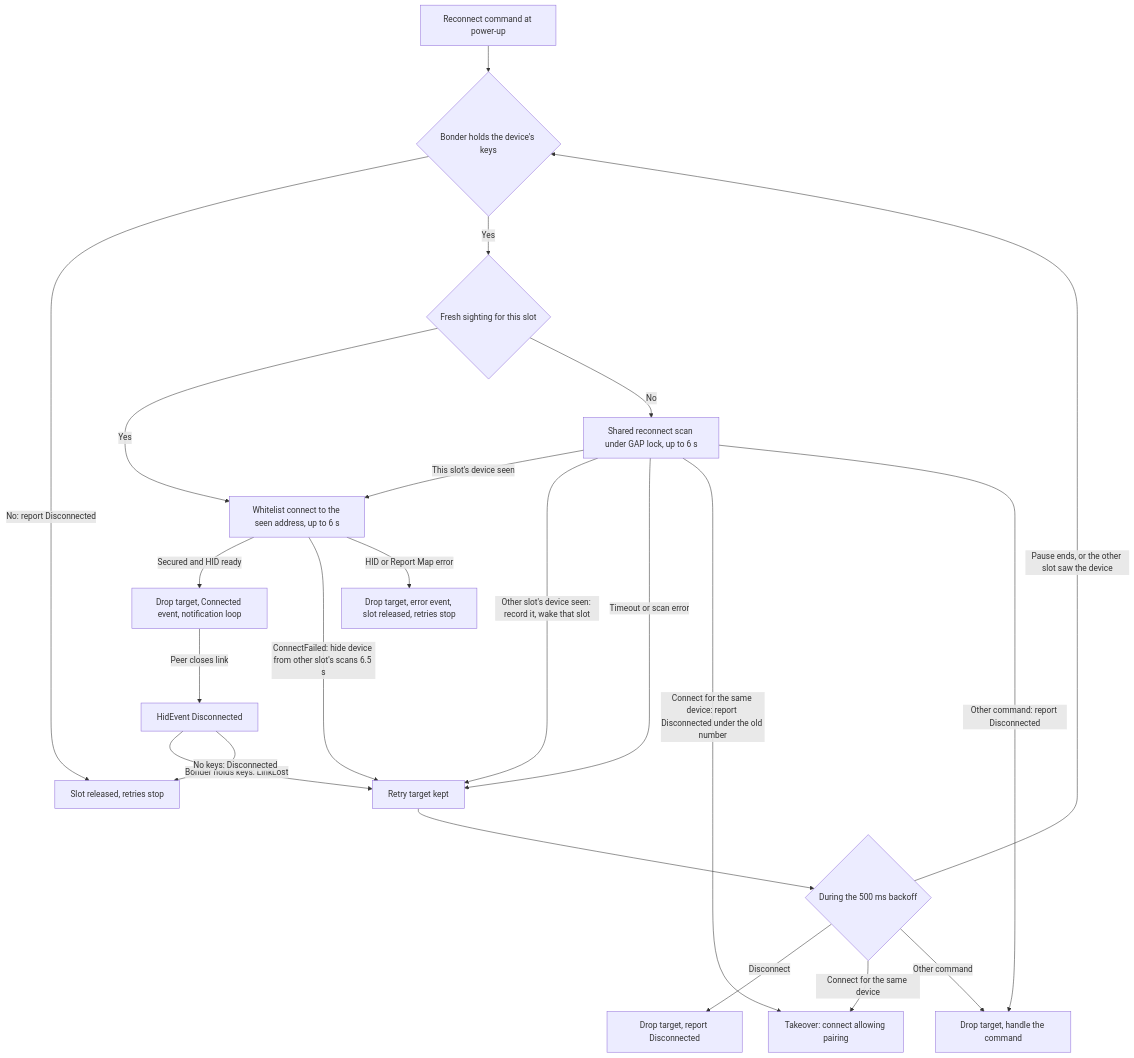
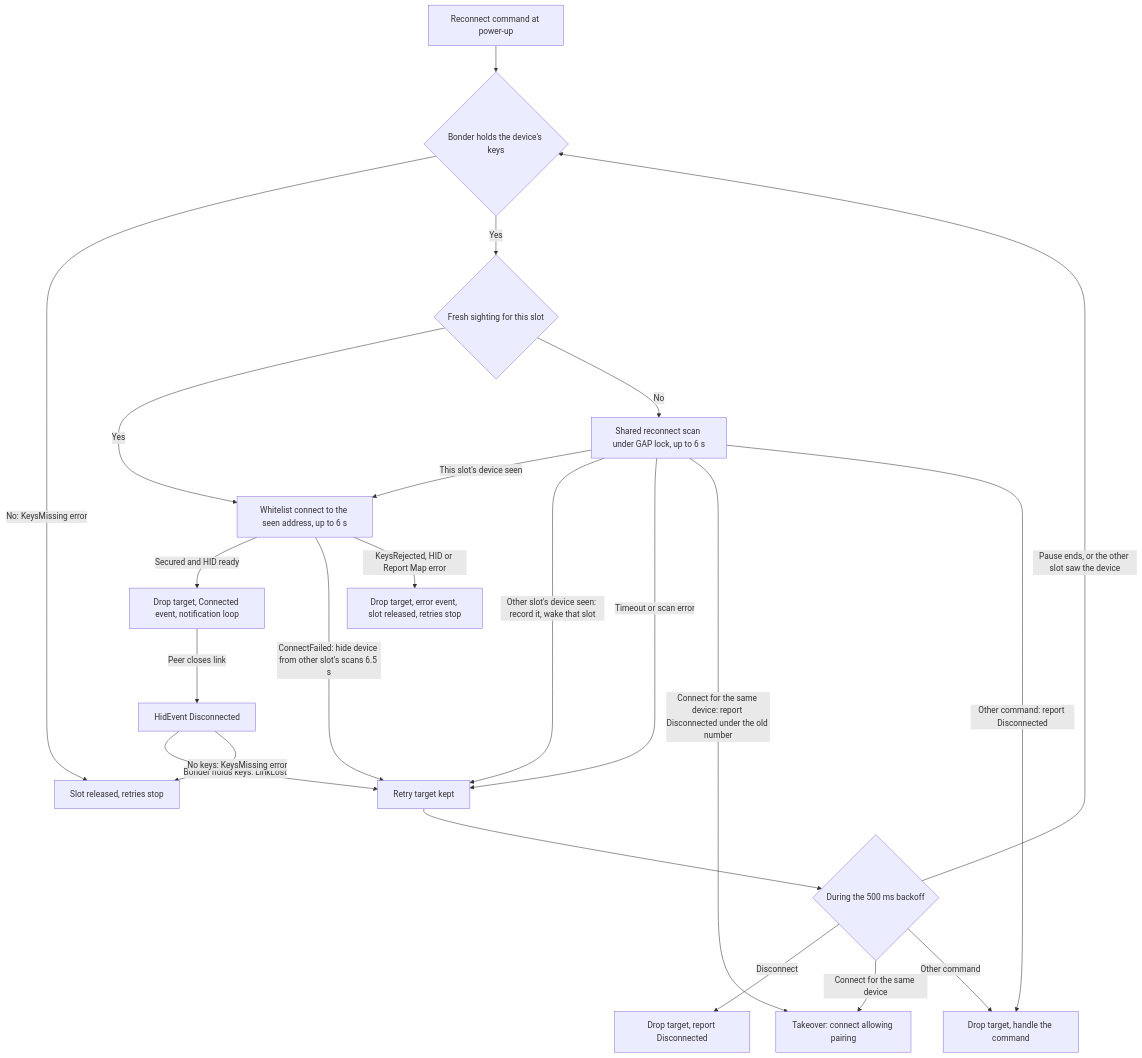
Before and after one commit to chefzaid/bt2usb: the sixth of 10 diagrams in docs/architecture.md, drawn with Mermaid. The commit also changed other lines of this file and 29 other files, not shown here.

````diff
--- a/docs/architecture.md
+++ b/docs/architecture.md
@@ -524,24 +536,24 @@
 ```mermaid
 flowchart TD
     P[Reconnect command at power-up] --> K
     T[Retry target kept] --> B{During the 500 ms backoff}
     B -->|Disconnect| X[Drop target, report Disconnected]
     B -->|Connect for the same device| N[Takeover: connect allowing pairing]
     B -->|Other command| O[Drop target, handle the command]
     B -->|Pause ends, or the other slot saw the device| K{Bonder holds the device's keys}
-    K -->|No: report Disconnected| F[Slot released, retries stop]
+    K -->|No: KeysMissing error| F[Slot released, retries stop]
     K -->|Yes| S{Fresh sighting for this slot}
     S -->|Yes| C[Whitelist connect to the seen address, up to 6 s]
     S -->|No| R[Shared reconnect scan under GAP lock, up to 6 s]
     R -->|This slot's device seen| C
     R -->|Other slot's device seen: record it, wake that slot| T
     R -->|Timeout or scan error| T
     R -->|Connect for the same device: report Disconnected under the old number| N
     R -->|Other command: report Disconnected| O
     C -->|Secured and HID ready| L[Drop target, Connected event, notification loop]
     C -->|ConnectFailed: hide device from other slot's scans 6.5 s| T
-    C -->|HID or Report Map error| E[Drop target, error event, slot released, retries stop]
+    C -->|KeysRejected, HID or Report Map error| E[Drop target, error event, slot released, retries stop]
     L -->|Peer closes link| D[HidEvent Disconnected]
     D -->|Bonder holds keys: LinkLost| T
-    D -->|No keys: Disconnected| F
+    D -->|No keys: KeysMissing error| F
 ```
````
